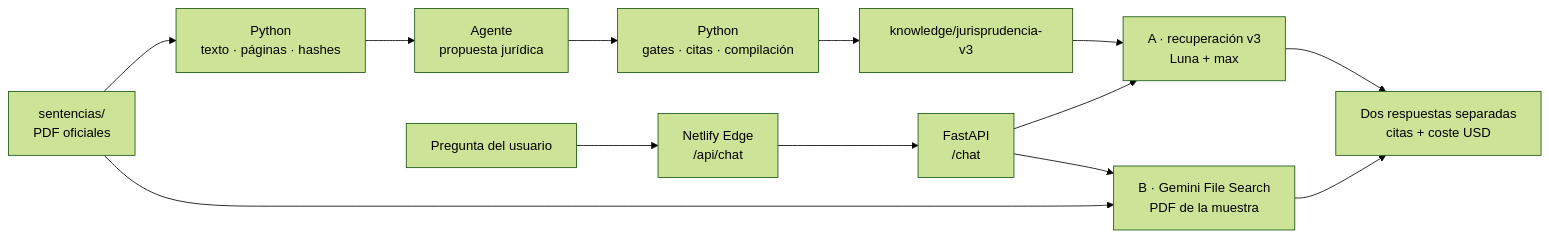
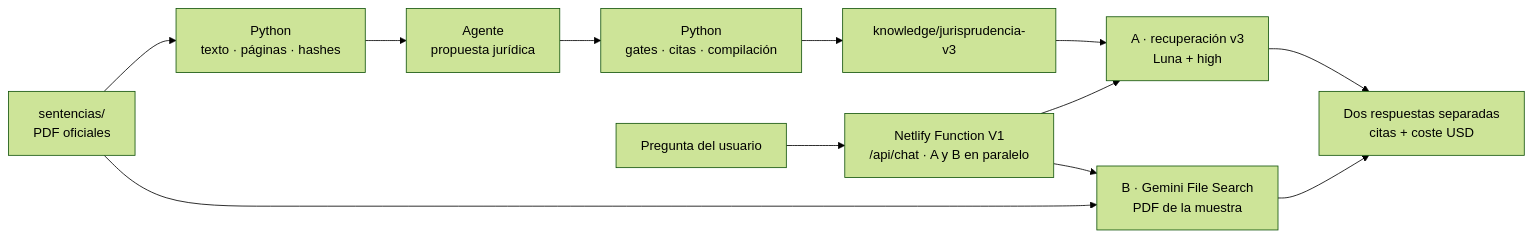
Before and after one commit to jmgb/residenciafiscal: the diagram in README.md, drawn with Mermaid (forest theme). The commit also changed other lines of this file and 7 other files, not shown here.

Commit message:
docs(chat): fija Netlify Functions como arquitectura V1

````diff
--- a/README.md
+++ b/README.md
@@ -52,15 +52,14 @@
 ```mermaid
 flowchart LR
     PDFS["sentencias/<br/>PDF oficiales"] --> PY["Python<br/>texto · páginas · hashes"]
     PY --> AGENT["Agente<br/>propuesta jurídica"]
     AGENT --> GATES["Python<br/>gates · citas · compilación"]
     GATES --> CORPUS["knowledge/jurisprudencia-v3"]
-    QUESTION["Pregunta del usuario"] --> EDGE["Netlify Edge<br/>/api/chat"]
-    EDGE --> API["FastAPI<br/>/chat"]
-    API --> A["A · recuperación v3<br/>Luna + max"]
+    QUESTION["Pregunta del usuario"] --> NETLIFY["Netlify Function V1<br/>/api/chat · A y B en paralelo"]
+    NETLIFY --> A["A · recuperación v3<br/>Luna + high"]
     CORPUS --> A
     PDFS --> B["B · Gemini File Search<br/>PDF de la muestra"]
-    API --> B
+    NETLIFY --> B
     A --> ANSWER["Dos respuestas separadas<br/>citas + coste USD"]
     B --> ANSWER
 ```
````
